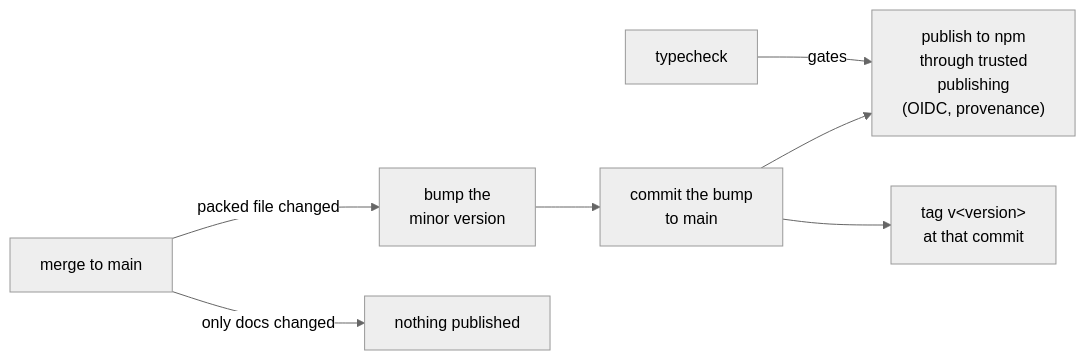
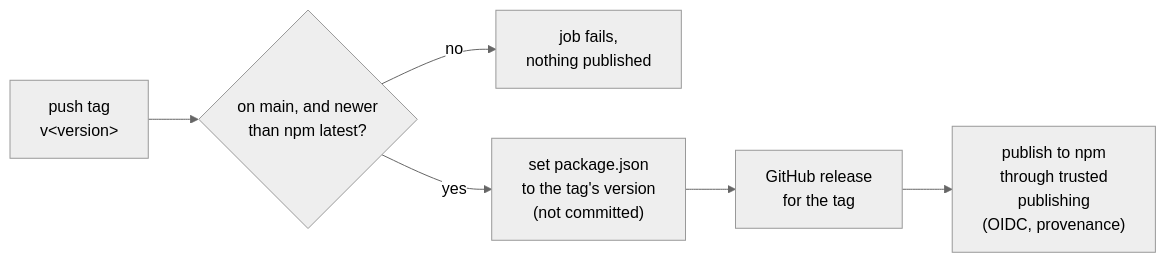
The first of 2 diagrams in docs/content/docs/distribution.mdx (anaclumos/tokenmaxxing), drawn with Mermaid (neutral theme) before and after one commit. The commit also changed other lines of this file and 4 other files, not shown here.

````diff
--- a/docs/content/docs/distribution.mdx
+++ b/docs/content/docs/distribution.mdx
@@ -18,9 +18,8 @@
 ```mermaid
 flowchart LR
-  merge["merge to main"] -->|"packed file changed"| bump["bump the<br/>minor version"]
-  merge -->|"only docs changed"| none["nothing published"]
-  bump --> commit["commit the bump<br/>to main"]
-  commit --> publish["publish to npm<br/>through trusted<br/>publishing<br/>(OIDC, provenance)"]
-  commit --> tag["tag v#lt;version#gt;<br/>at that commit"]
-  typecheck["typecheck"] -->|"gates"| publish
+  tag["push tag<br/>v#lt;version#gt;"] --> check{"on main, and newer<br/>than npm latest?"}
+  check -->|"no"| fail["job fails,<br/>nothing published"]
+  check -->|"yes"| set["set package.json<br/>to the tag's version<br/>(not committed)"]
+  set --> release["GitHub release<br/>for the tag"]
+  release --> publish["publish to npm<br/>through trusted<br/>publishing<br/>(OIDC, provenance)"]
 ```
````
